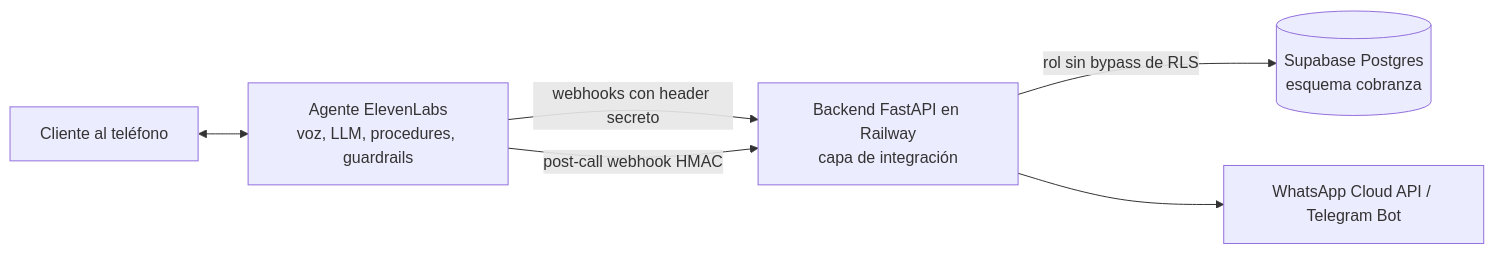
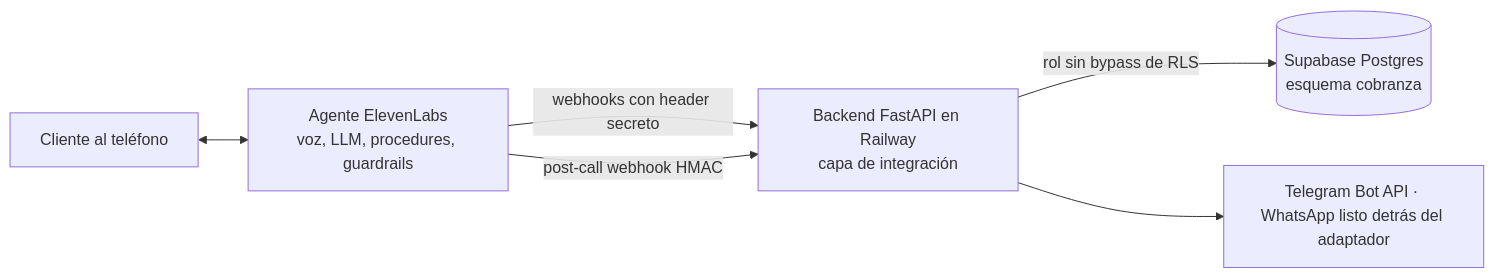
One commit to AnuarHarb/voice-agent changed the diagram in cobranza/docs/guion_video.md. Above: the diagram before and after it, drawn with Mermaid. The commit also changed other lines of this file and 5 other files, not shown here.

Commit message:
Make Telegram the default payment-link channel; WhatsApp stays behind the adapter

````diff
--- a/cobranza/docs/guion_video.md
+++ b/cobranza/docs/guion_video.md
@@ -39,8 +39,8 @@
 ```mermaid
 flowchart LR
     C[Cliente al teléfono] <--> A[Agente ElevenLabs<br/>voz, LLM, procedures, guardrails]
     A -- webhooks con header secreto --> B[Backend FastAPI en Railway<br/>capa de integración]
     B -- rol sin bypass de RLS --> D[(Supabase Postgres<br/>esquema cobranza)]
-    B --> W[WhatsApp Cloud API / Telegram Bot]
+    B --> W[Telegram Bot API · WhatsApp listo detrás del adaptador]
     A -- post-call webhook HMAC --> B
 ```
````
